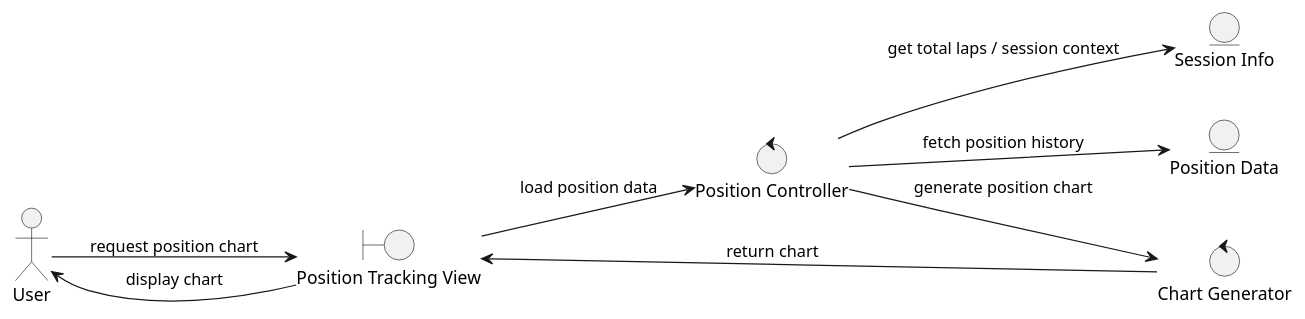
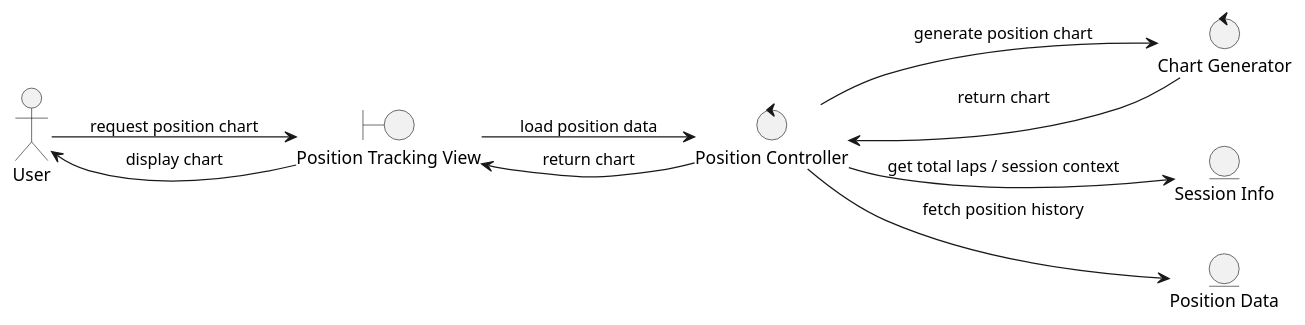
Before and after one commit to AB0204/Team_OOAD23: the diagram in Analysis/View_Position_Over_Laps.puml, drawn with PlantUML.

```diff
--- a/Analysis/View_Position_Over_Laps.puml
+++ b/Analysis/View_Position_Over_Laps.puml
@@ -1,21 +1,20 @@
 @startuml
 left to right direction
 skinparam backgroundColor white
 
 actor "User" as User
-
 boundary "Position Tracking View" as GUI
 control "Position Controller" as CTRL
 control "Chart Generator" as CHART
 entity "Session Info" as SESSION
 entity "Position Data" as POS
 
 User --> GUI : request position chart
 GUI --> CTRL : load position data
-
 CTRL --> SESSION : get total laps / session context
 CTRL --> POS : fetch position history
 CTRL --> CHART : generate position chart
-CHART --> GUI : return chart
+CHART --> CTRL : return chart
+CTRL --> GUI : return chart
 GUI --> User : display chart
 @enduml
```
